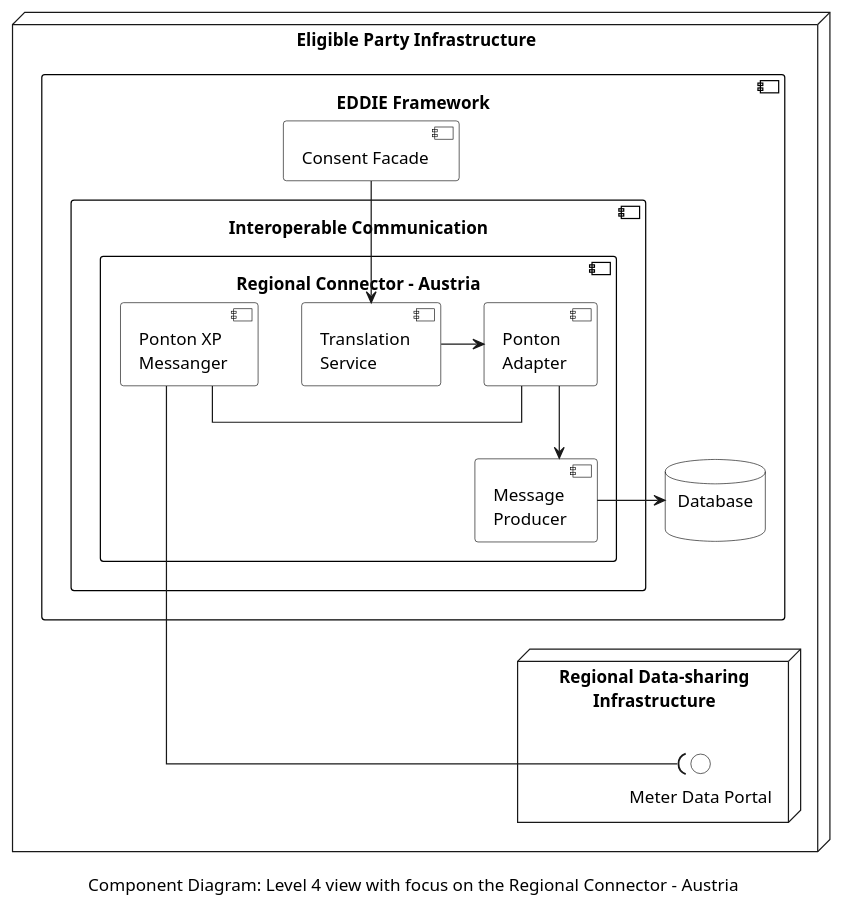
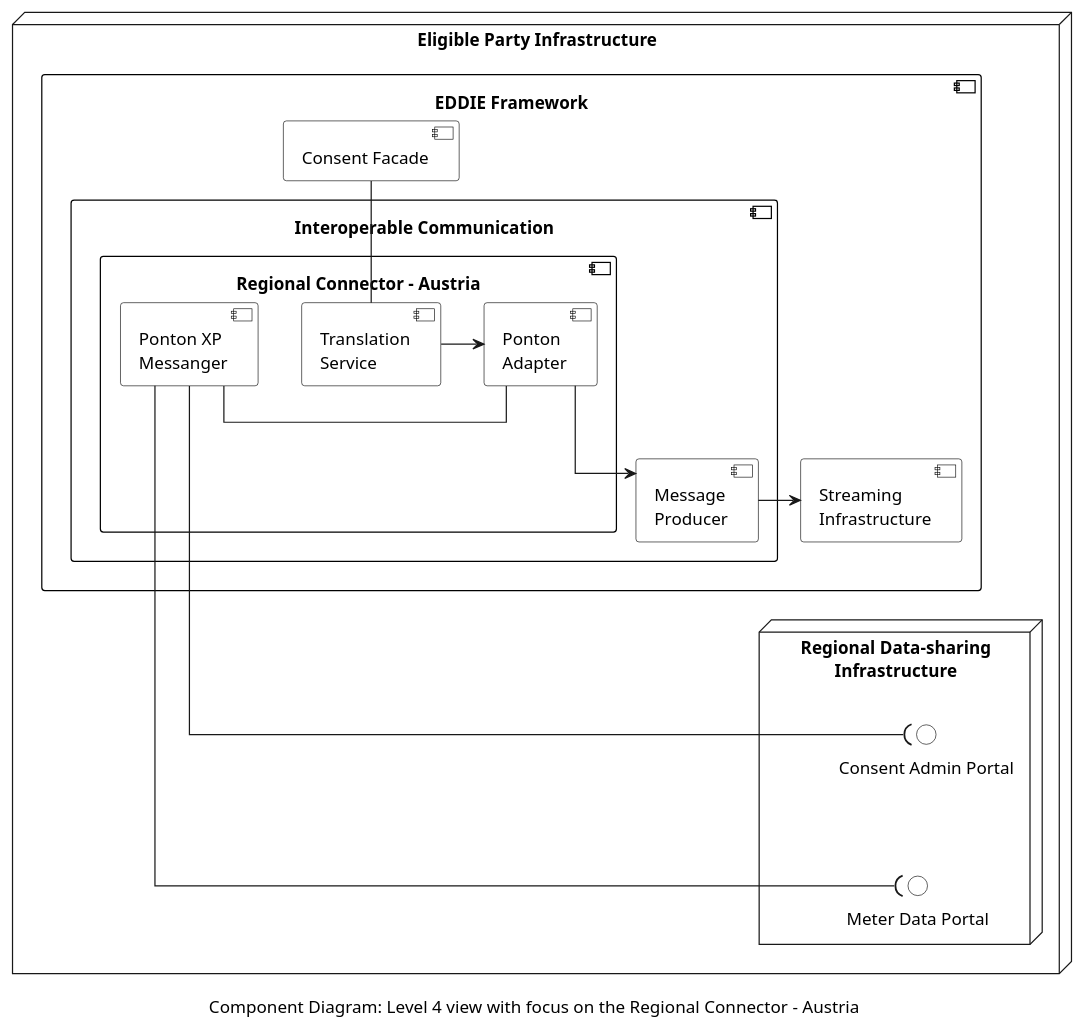
Before and after one commit to eddie-energy/architecture: the diagram in arc42/05-building-block-view/figures/component-diagram-level-4-reg-con-AT.puml, drawn with PlantUML. The commit also changed 6 other files, not shown here.

```diff
--- a/arc42/05-building-block-view/figures/component-diagram-level-4-reg-con-AT.puml
+++ b/arc42/05-building-block-view/figures/component-diagram-level-4-reg-con-AT.puml
@@ -1,65 +1,73 @@
 @startuml component-diagram-level-4-reg-con-AT
 'component diagram
 caption Component Diagram: Level 4 view with focus on the Regional Connector - Austria
 
 skinparam linetype ortho
 skinparam interface {
   backgroundColor transparent
   borderColor black
 }
 skinparam component{
   BorderColor black
   BackgroundColor transparent
 }
 skinparam collections{
   BorderColor black
   BackgroundColor white
 }
 skinparam database{
   BorderColor black
   BackgroundColor transparent
 }
 skinparam rectangle{
   BorderColor transparent
   BackgroundColor transparent
   FontColor transparent
 }
 
 node "Eligible Party Infrastructure"  as epInfra{
   component "EDDIE Framework" as eddie {
     component "Consent Facade" as consentFacade
-    database "Database\n" as database
+    component "Streaming\nInfrastructure" as database
     component "Interoperable Communication" as comm {
       component "Regional Connector - Austria" as regConAu {
         component "Ponton\nAdapter" as pontonAdapter
         component "Ponton XP\nMessanger" as pontonXP
-        component "Message\nProducer" as messageProducer
         component "Translation\nService" as translationService
+        rectangle " " as rec
+        rec -[hidden]up- pontonAdapter
       }
+      component "Message\nProducer" as messageProducer
     }
 
-    consentFacade -down-> translationService
+    consentFacade -down- translationService
     translationService -right-> pontonAdapter
     pontonAdapter -down-> messageProducer
     messageProducer -right-> database
   
     ' translationService -down- pontonXP
     pontonXP -right- pontonAdapter
   }
   node "Regional Data-sharing\nInfrastructure" as energyProvider {
     interface "Meter Data Portal" as dataPortal
-    ' interface "Consent\nAdmin\nPortal" as adminPortal
+    interface "Consent Admin Portal" as adminPortal
+  
+    adminPortal -[hidden]down- dataPortal
   }
 
-  pontonXP --down-( dataPortal
+  ' eddie -down- energyProvider
+   pontonXP --down-( adminPortal
+   pontonXP -down-( dataPortal
+
+
 
 
 
 
 }
 
 
 
 
 
 @enduml
```
